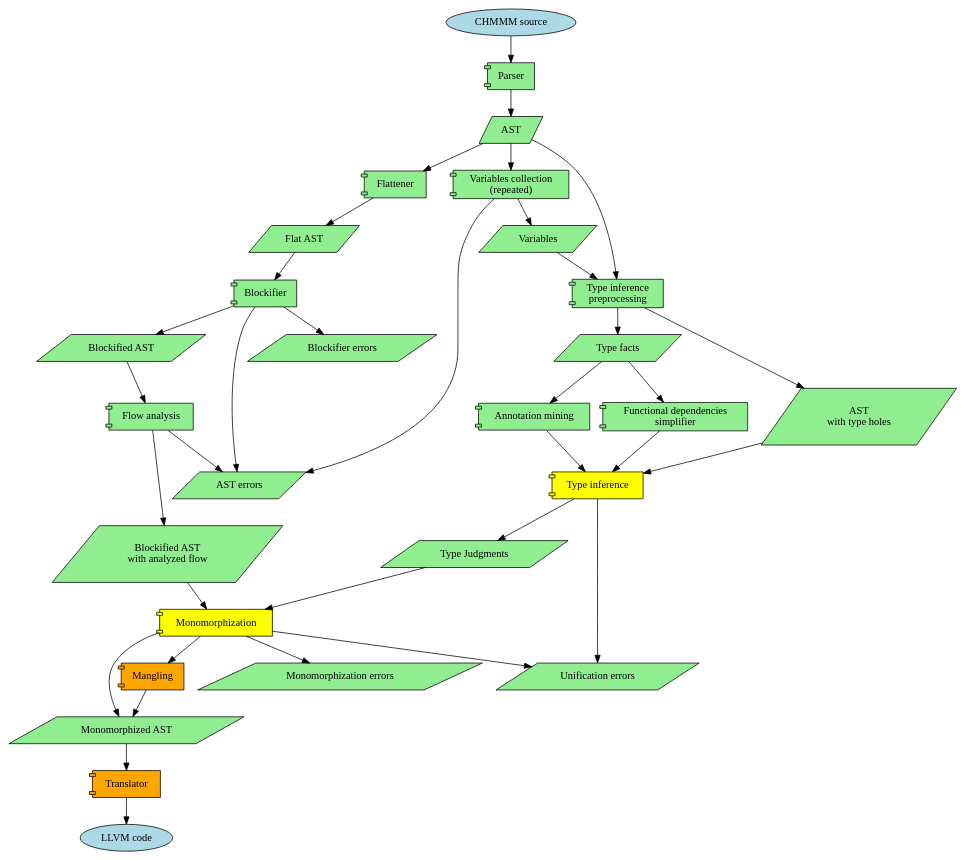
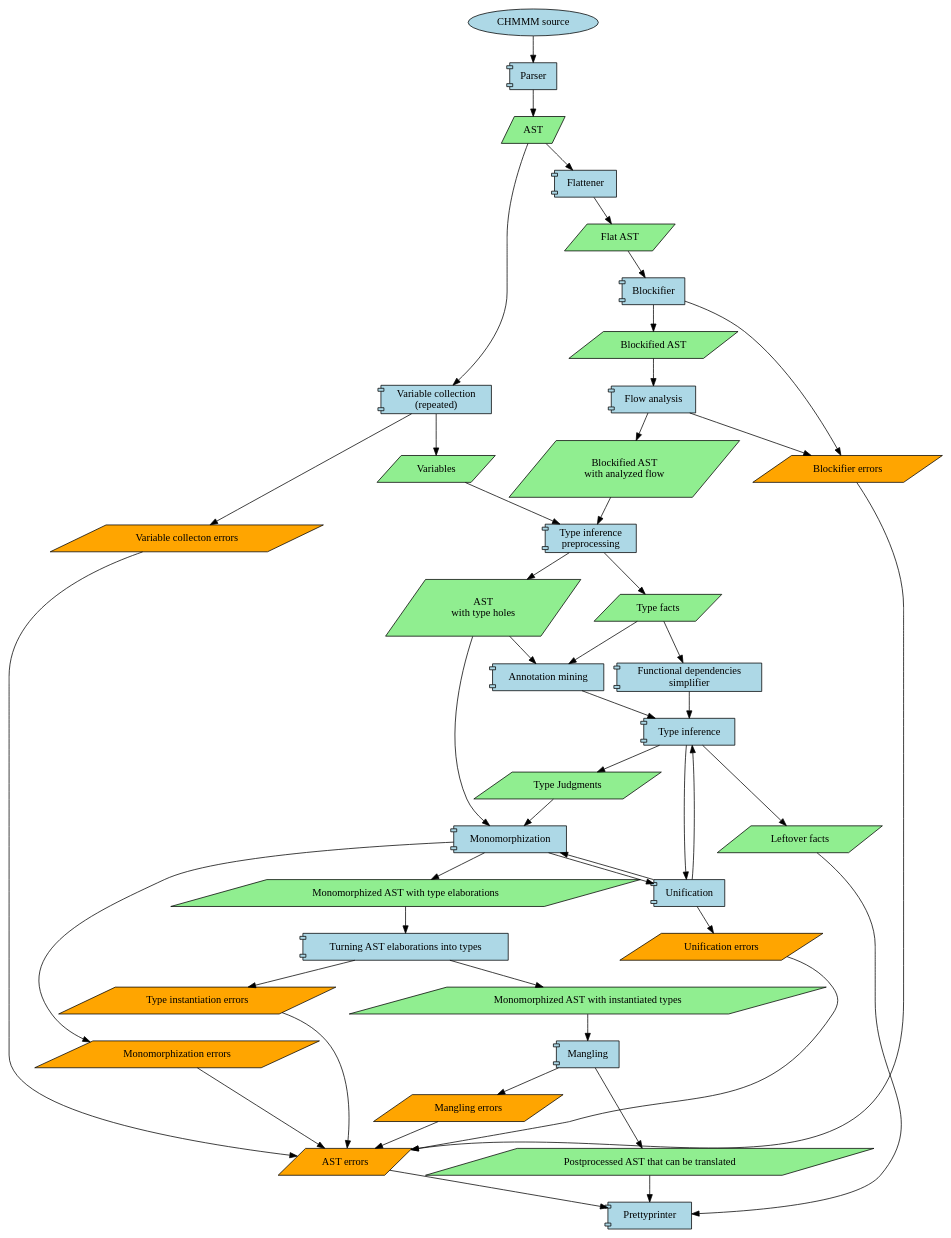
One commit to jiriklepl/masters-thesis-code changed the diagram in doc/diagram.dot. Above: the diagram before and after it, drawn with Graphviz.

Commit message:
updated the diagram

```diff
--- a/doc/diagram.dot
+++ b/doc/diagram.dot
@@ -1,79 +1,100 @@
 digraph {
     node [style="filled"]
 
     subgraph terminals {
         node [shape="ellipse", fillcolor="lightblue"]
 
         Source [label="CHMMM source"]
-        LLVM [label="LLVM code"]
+        #LLVM [label="LLVM code"]
     }
 
     subgraph data {
         node [shape="parallelogram"]
 
+        subgraph orangeData {
+            node [fillcolor="orange"]
+
+            ASTErrors [label="AST errors"]
+            FillingErrors [label="Type instantiation errors"]
+            ManglingErrors [label="Mangling errors"]
+            UnifyErrors [label="Unification errors"]
+            BlockifierErrors [label="Blockifier errors"]
+            MonomorphizeErrors [label="Monomorphization errors"]
+            VariablesErrors [label="Variable collecton errors"]
+        }
         subgraph greenData {
             node [fillcolor="lightgreen"]
 
             AST
-            ASTErrors [label="AST errors"]
-            UnifyErrors [label="Unification errors"]
-            BlockifierErrors [label="Blockifier errors"]
-            MonomorphizeErrors [label="Monomorphization errors"]
             Facts [label="Type facts"]
+            LeftFacts [label="Leftover facts"]
             Variables [label="Variables"]
             ASTTypeHoles [label="AST\nwith type holes"]
             Judgments [label="Type Judgments"]
             FlatAST [label="Flat AST"]
             BlockifiedAST [label="Blockified AST"]
             BlockifiedASTAnnots [label="Blockified AST\nwith analyzed flow"]
-            MonoAST [label="Monomorphized AST"]
+            MonoAST [label="Monomorphized AST with type elaborations"]
+            FilledMonoAST [label="Monomorphized AST with instantiated types"]
+            PostAST [label="Postprocessed AST that can be translated"]
         }
 
     }
 
     subgraph components {
         node [shape="component"]
 
         subgraph greenComponents {
-            node [fillcolor="lightgreen"]
+            node [fillcolor="lightblue"]
 
             FunDepSimpl [label="Functional dependencies\nsimplifier"]
             AnnotMining  [label="Annotation mining"]
             Parser
             Flattener
-            InferPre [label="Type inference\npreprocessing"]
-            VariableMining [label="Variables collection\n(repeated)"]
+            Unification
+            Prettyprinter
+            Preprocess [label="Type inference\npreprocessing"]
+            VariableMining [label="Variable collection\n(repeated)"]
             Blockifier
             FlowAnalysis [label="Flow analysis"]
+            Inference [label="Type inference"]
+            Monomorphization
+            HoleFilling [label="Turning AST elaborations into types"]
+            Mangling
         }
 
         subgraph yellowComponents {
             node [fillcolor="yellow"]
 
-            Inference [label="Type inference"]
-            Monomorphization
         }
 
-        Mangling [fillcolor="orange"]
-        Translator [fillcolor="orange"]
+        #Translator [fillcolor="orange"]
     }
 
     subgraph decisions {
         node [shape="diamond"]
     }
 
 
     Source -> Parser -> AST
     AST -> Flattener -> FlatAST
-    AST -> VariableMining -> Variables -> InferPre
-    AST -> InferPre -> { Facts ASTTypeHoles }
+    VariableMining -> VariablesErrors
+    AST -> VariableMining -> Variables -> Preprocess
     Facts -> { FunDepSimpl AnnotMining }
-    { FunDepSimpl ASTTypeHoles AnnotMining } -> Inference -> Judgments -> Monomorphization
-    { Inference Monomorphization } -> UnifyErrors
+    ASTTypeHoles -> AnnotMining
+    ASTTypeHoles -> Monomorphization
+    { FunDepSimpl AnnotMining } -> Inference -> Judgments -> Monomorphization -> MonoAST -> HoleFilling -> FilledMonoAST -> Mangling -> PostAST -> Prettyprinter
+    HoleFilling -> FillingErrors
+    Mangling -> ManglingErrors
+    { Inference Monomorphization } -> Unification
     FlatAST -> Blockifier -> {BlockifiedAST BlockifierErrors }
     BlockifiedAST -> FlowAnalysis -> BlockifiedASTAnnots
-    { Blockifier FlowAnalysis VariableMining} -> ASTErrors
-    BlockifiedASTAnnots -> Monomorphization -> {Mangling -> MonoAST}
+    FlowAnalysis -> BlockifierErrors
+    Unification -> { UnifyErrors Monomorphization Inference }
+    BlockifiedASTAnnots -> Preprocess -> { Facts ASTTypeHoles }
     Monomorphization -> MonomorphizeErrors
-    MonoAST -> Translator -> LLVM
+    MonoAST
+    { FillingErrors ManglingErrors UnifyErrors BlockifierErrors MonomorphizeErrors VariablesErrors } -> ASTErrors -> Prettyprinter
+    Inference -> LeftFacts -> Prettyprinter
+    #Translator -> LLVM
 }
```
